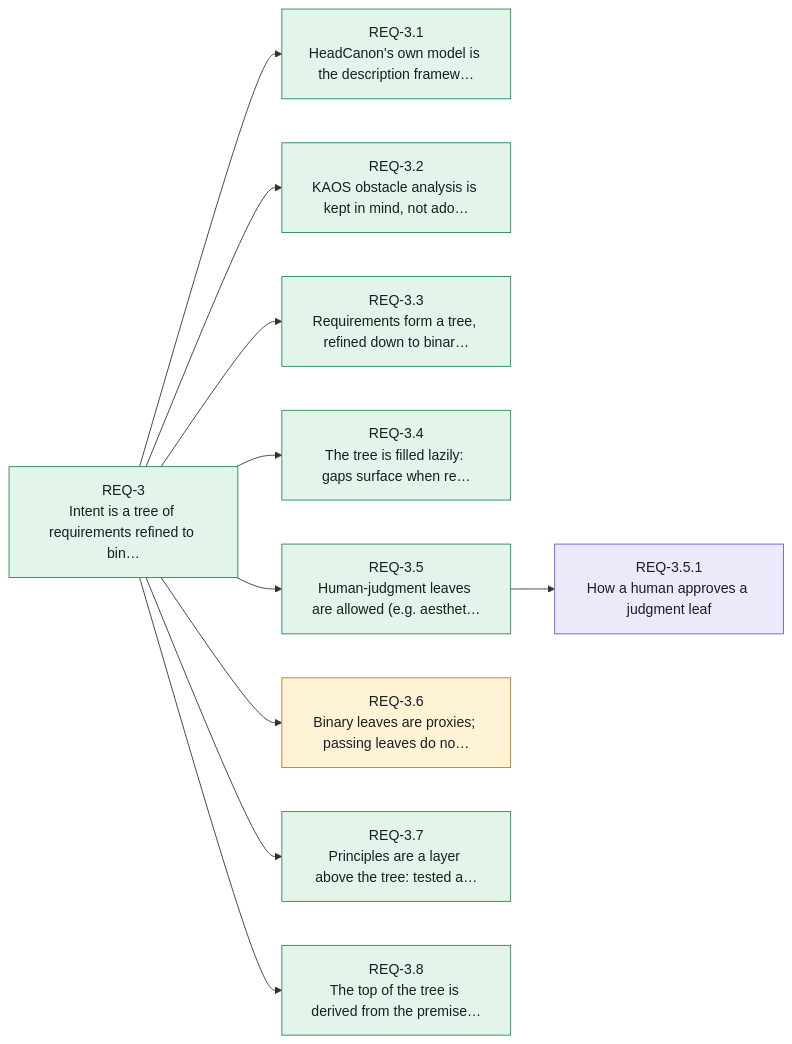
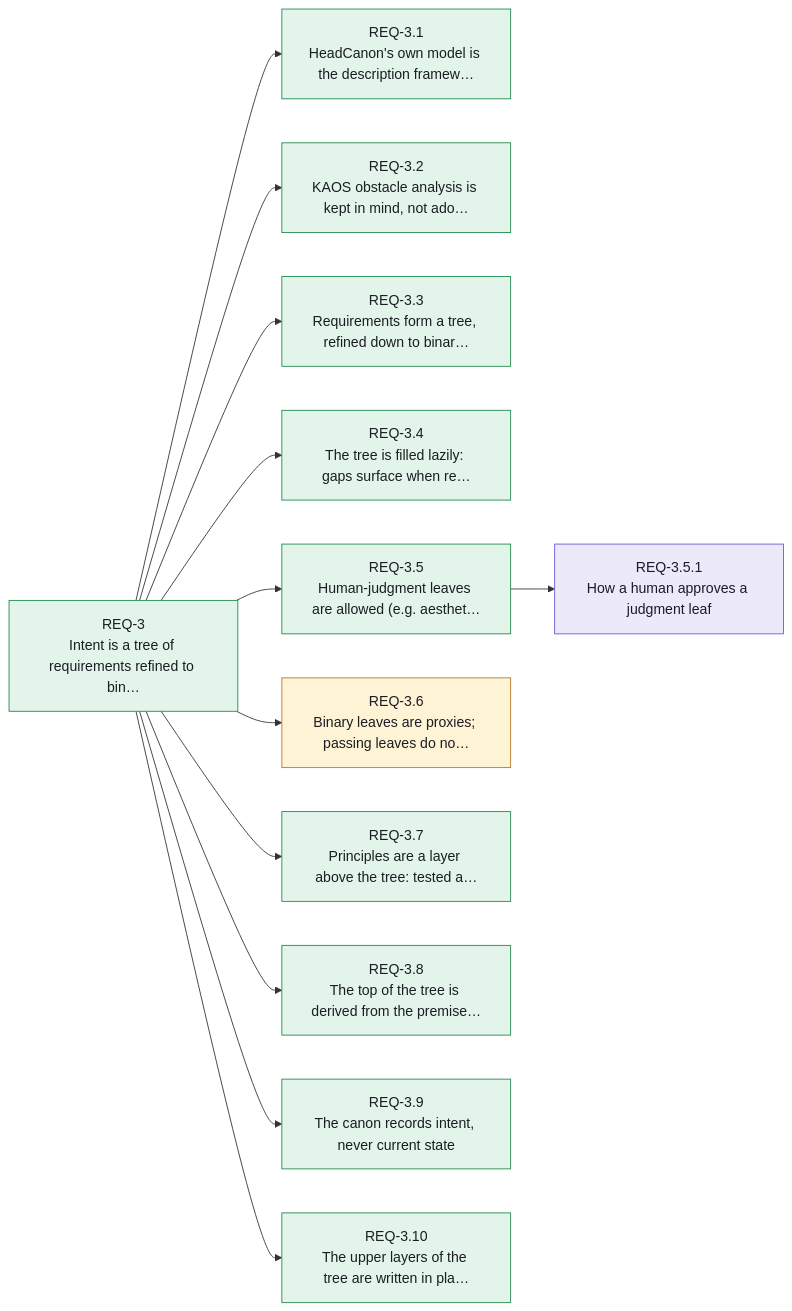
The fourth of 14 diagrams in canon/INDEX.md (Althis/headcanon), drawn with Mermaid before and after one commit. The commit also changed other lines of this file and 7 other files, not shown here.

````diff
--- a/canon/INDEX.md
+++ b/canon/INDEX.md
@@ -255,27 +259,31 @@
 ```mermaid
 flowchart LR
     REQ_3["REQ-3<br/>Intent is a tree of requirements refined to bin…"]:::stated
     REQ_3_1["REQ-3.1<br/>HeadCanon's own model is the description framew…"]:::stated
     REQ_3_2["REQ-3.2<br/>KAOS obstacle analysis is kept in mind, not ado…"]:::stated
     REQ_3_3["REQ-3.3<br/>Requirements form a tree, refined down to binar…"]:::stated
     REQ_3_4["REQ-3.4<br/>The tree is filled lazily: gaps surface when re…"]:::stated
     REQ_3_5["REQ-3.5<br/>Human-judgment leaves are allowed (e.g. aesthet…"]:::stated
     REQ_3_5_1["REQ-3.5.1<br/>How a human approves a judgment leaf"]:::open
     REQ_3_6["REQ-3.6<br/>Binary leaves are proxies; passing leaves do no…"]:::assumed
     REQ_3_7["REQ-3.7<br/>Principles are a layer above the tree: tested a…"]:::stated
     REQ_3_8["REQ-3.8<br/>The top of the tree is derived from the premise…"]:::stated
+    REQ_3_9["REQ-3.9<br/>The canon records intent, never current state"]:::stated
+    REQ_3_10["REQ-3.10<br/>The upper layers of the tree are written in pla…"]:::stated
     REQ_3 --> REQ_3_1
     REQ_3 --> REQ_3_2
     REQ_3 --> REQ_3_3
     REQ_3 --> REQ_3_4
     REQ_3 --> REQ_3_5
     REQ_3_5 --> REQ_3_5_1
     REQ_3 --> REQ_3_6
     REQ_3 --> REQ_3_7
     REQ_3 --> REQ_3_8
+    REQ_3 --> REQ_3_9
+    REQ_3 --> REQ_3_10
     classDef stated fill:#e3f5ea,stroke:#1f8a4c,color:#1a1d23
     classDef resolved fill:#e8efff,stroke:#2563eb,color:#1a1d23
     classDef assumed fill:#fff3d6,stroke:#b7791f,color:#1a1d23
     classDef open fill:#ece9fb,stroke:#6b5bd2,color:#1a1d23
     classDef contested fill:#fde7e8,stroke:#d13438,color:#1a1d23
 ```
````
